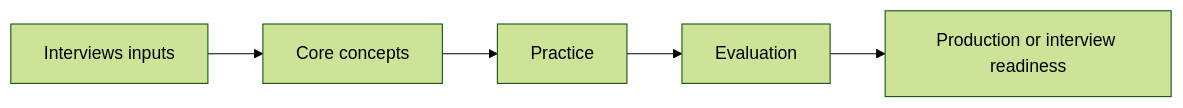
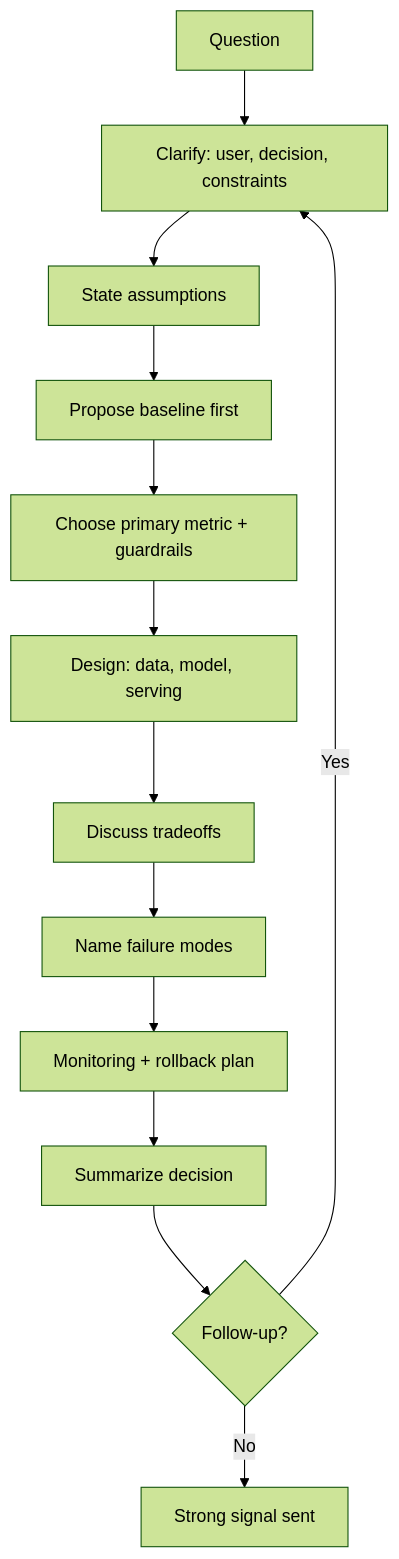
The diagram in diagrams/18-interviews.mmd (Icon1cc/Machine-Learning), drawn with Mermaid (forest theme) before and after one commit. The commit also changed 118 other files, not shown here.

```diff
--- a/diagrams/18-interviews.mmd
+++ b/diagrams/18-interviews.mmd
@@ -1,5 +1,13 @@
-flowchart LR
-    A[Interviews inputs] --> B[Core concepts]
-    B --> C[Practice]
-    C --> D[Evaluation]
-    D --> E[Production or interview readiness]
+flowchart TD
+    A[Question] --> B[Clarify: user, decision, constraints]
+    B --> C[State assumptions]
+    C --> D[Propose baseline first]
+    D --> E[Choose primary metric + guardrails]
+    E --> F[Design: data, model, serving]
+    F --> G[Discuss tradeoffs]
+    G --> H[Name failure modes]
+    H --> I[Monitoring + rollback plan]
+    I --> J[Summarize decision]
+    J --> K{Follow-up?}
+    K -- Yes --> B
+    K -- No --> L[Strong signal sent]
```
